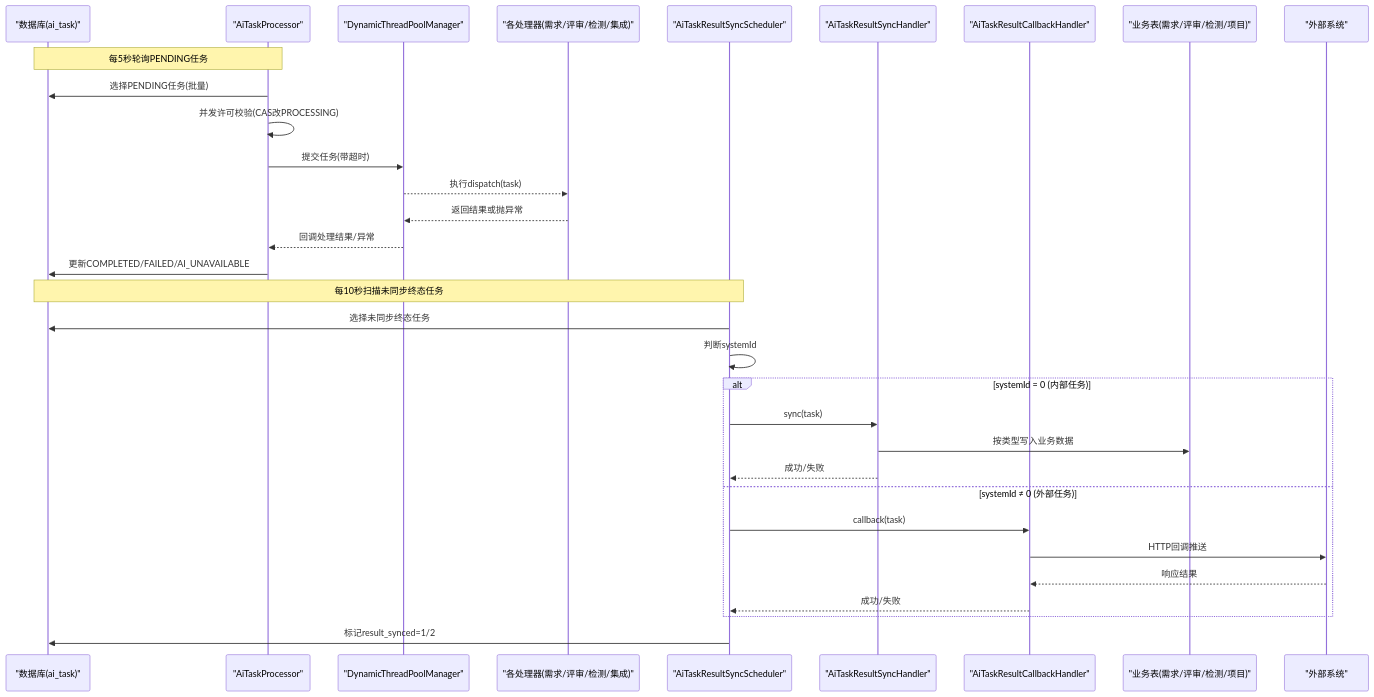
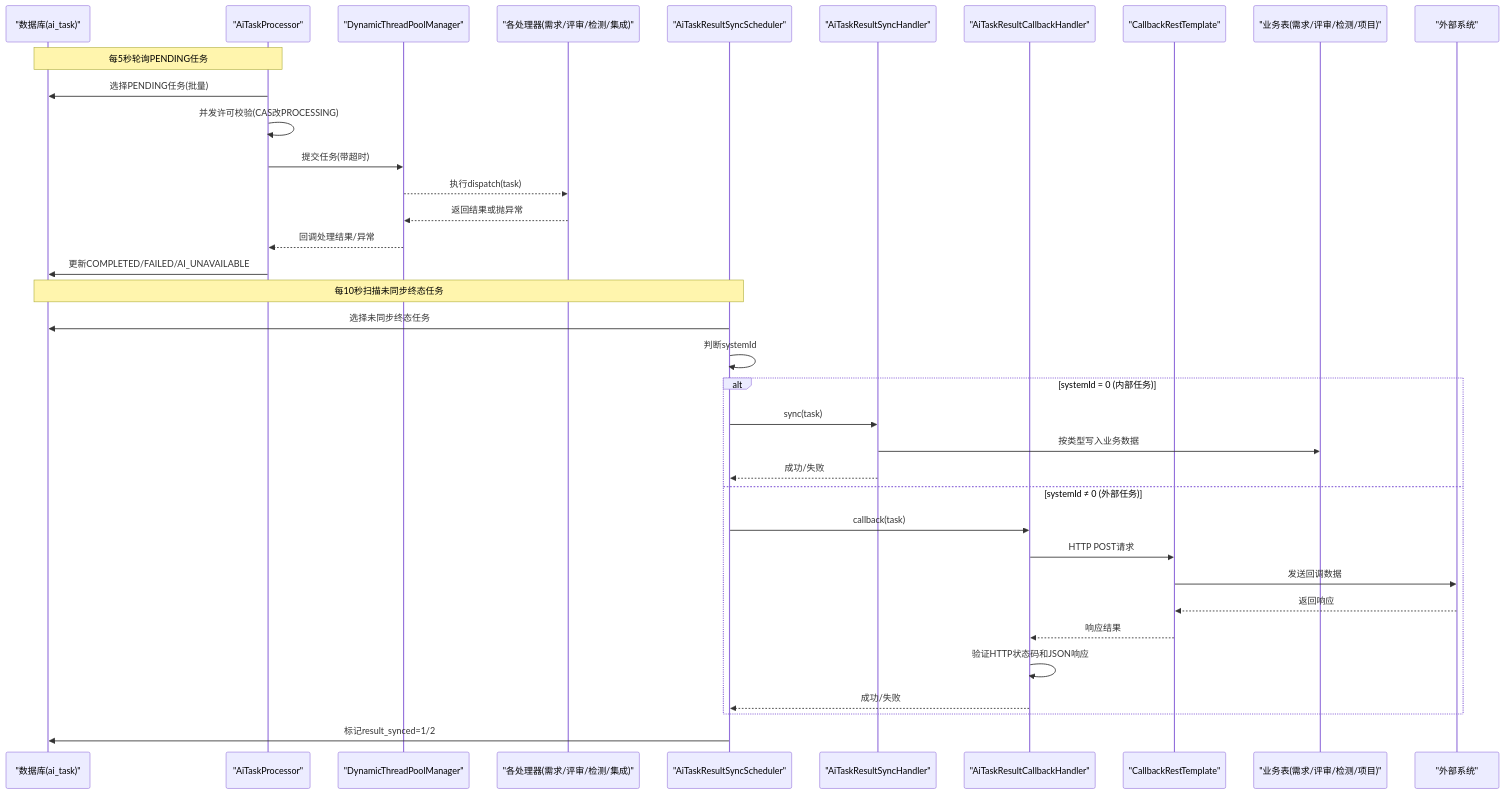
The second of 10 diagrams in .qoder/repowiki/zh/content/后端服务/AI处理服务 (ele-ai-tender-ai)/异步任务处理与线程池管理/AI任务生命周期管理.md (DrunkFood/First), drawn with Mermaid before and after one commit. The commit also changed other lines of this file and 77 other files, not shown here.

````diff
--- a/.qoder/repowiki/zh/content/后端服务/AI处理服务 (ele-ai-tender-ai)/异步任务处理与线程池管理/AI任务生命周期管理.md
+++ b/.qoder/repowiki/zh/content/后端服务/AI处理服务 (ele-ai-tender-ai)/异步任务处理与线程池管理/AI任务生命周期管理.md
@@ -128,34 +139,38 @@
 ```mermaid
 sequenceDiagram
 participant DB as "数据库(ai_task)"
 participant Proc as "AiTaskProcessor"
 participant Pool as "DynamicThreadPoolManager"
 participant Exec as "各处理器(需求/评审/检测/集成)"
 participant SyncSch as "AiTaskResultSyncScheduler"
 participant LocalSync as "AiTaskResultSyncHandler"
 participant Callback as "AiTaskResultCallbackHandler"
+participant CallbackRT as "CallbackRestTemplate"
 participant Biz as "业务表(需求/评审/检测/项目)"
 participant External as "外部系统"
 Note over Proc,DB : 每5秒轮询PENDING任务
 Proc->>DB : 选择PENDING任务(批量)
 Proc->>Proc : 并发许可校验(CAS改PROCESSING)
 Proc->>Pool : 提交任务(带超时)
 Pool-->>Exec : 执行dispatch(task)
 Exec-->>Pool : 返回结果或抛异常
 Pool-->>Proc : 回调处理结果/异常
 Proc->>DB : 更新COMPLETED/FAILED/AI_UNAVAILABLE
 Note over SyncSch,DB : 每10秒扫描未同步终态任务
 SyncSch->>DB : 选择未同步终态任务
 SyncSch->>SyncSch : 判断systemId
 alt systemId = 0 (内部任务)
 SyncSch->>LocalSync : sync(task)
 LocalSync->>Biz : 按类型写入业务数据
 LocalSync-->>SyncSch : 成功/失败
 else systemId ≠ 0 (外部任务)
 SyncSch->>Callback : callback(task)
-Callback->>External : HTTP回调推送
-External-->>Callback : 响应结果
+Callback->>CallbackRT : HTTP POST请求
+CallbackRT->>External : 发送回调数据
+External-->>CallbackRT : 返回响应
+CallbackRT-->>Callback : 响应结果
+Callback->>Callback : 验证HTTP状态码和JSON响应
 Callback-->>SyncSch : 成功/失败
 end
 SyncSch->>DB : 标记result_synced=1/2
 ```
````
